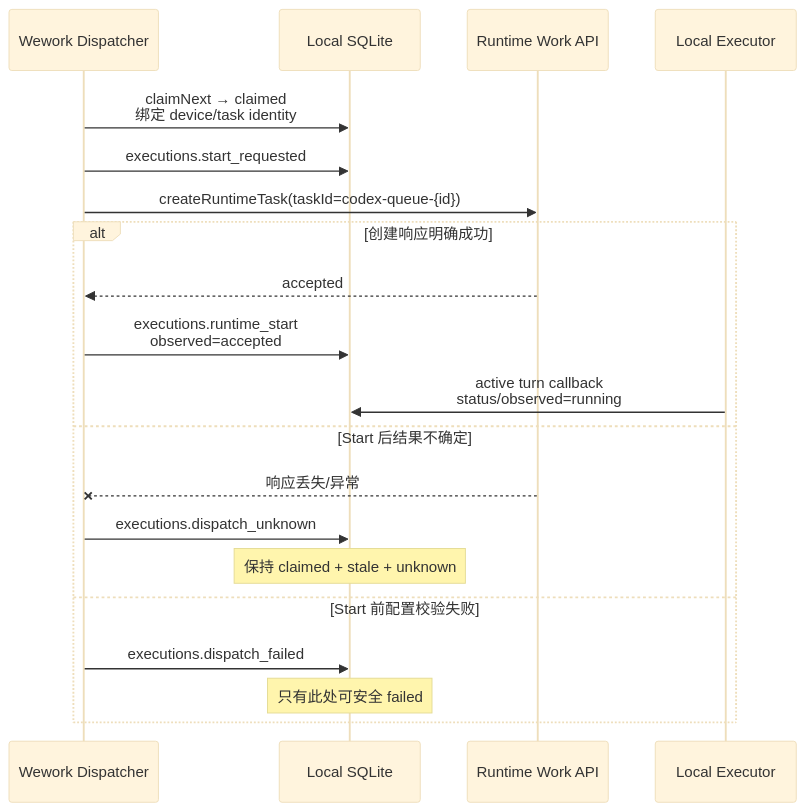
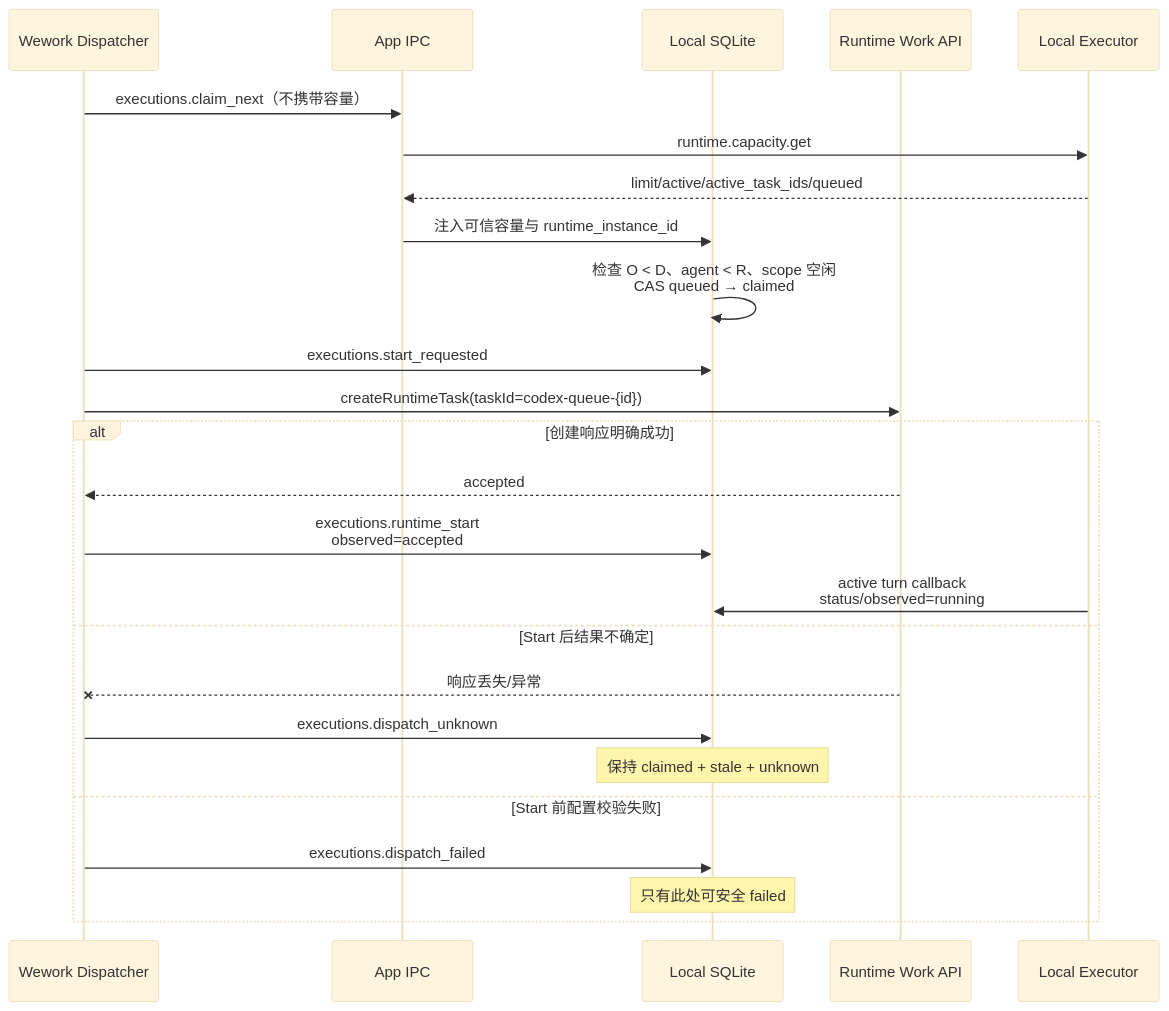
Before and after one commit to wecode-ai/Wegent: the fifth of 11 diagrams in docs/zh/wework/developer-guide/wework-project-execution-state-truth-refactoring.md, drawn with Mermaid (base theme). The commit also changed other lines of this file and 53 other files, not shown here.

Commit message:
refactor(wework): unify runtime execution capacity truth

````diff
--- a/docs/zh/wework/developer-guide/wework-project-execution-state-truth-refactoring.md
+++ b/docs/zh/wework/developer-guide/wework-project-execution-state-truth-refactoring.md
@@ -178,22 +223,27 @@
 ```mermaid
 sequenceDiagram
   participant APP as Wework Dispatcher
+  participant IPC as App IPC
   participant SQL as Local SQLite
   participant API as Runtime Work API
   participant R as Local Executor
-  APP->>SQL: claimNext → claimed<br/>绑定 device/task identity
+  APP->>IPC: executions.claim_next（不携带容量）
+  IPC->>R: runtime.capacity.get
+  R-->>IPC: limit/active/active_task_ids/queued
+  IPC->>SQL: 注入可信容量与 runtime_instance_id
+  SQL->>SQL: 检查 O < D、agent < R、scope 空闲<br/>CAS queued → claimed
   APP->>SQL: executions.start_requested
   APP->>API: createRuntimeTask(taskId=codex-queue-{id})
   alt 创建响应明确成功
     API-->>APP: accepted
     APP->>SQL: executions.runtime_start<br/>observed=accepted
     R->>SQL: active turn callback<br/>status/observed=running
   else Start 后结果不确定
     API--xAPP: 响应丢失/异常
     APP->>SQL: executions.dispatch_unknown
     Note over SQL: 保持 claimed + stale + unknown
   else Start 前配置校验失败
     APP->>SQL: executions.dispatch_failed
     Note over SQL: 只有此处可安全 failed
   end
 ```
````
